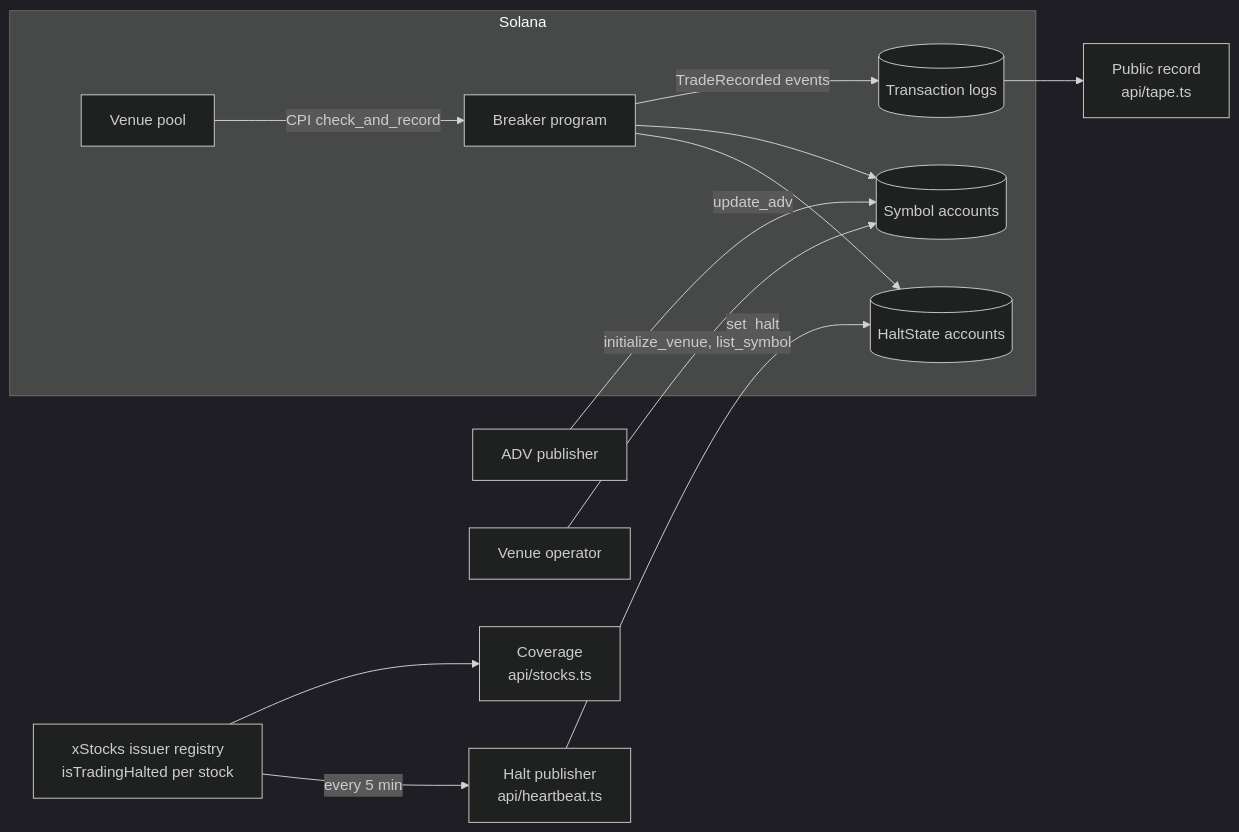
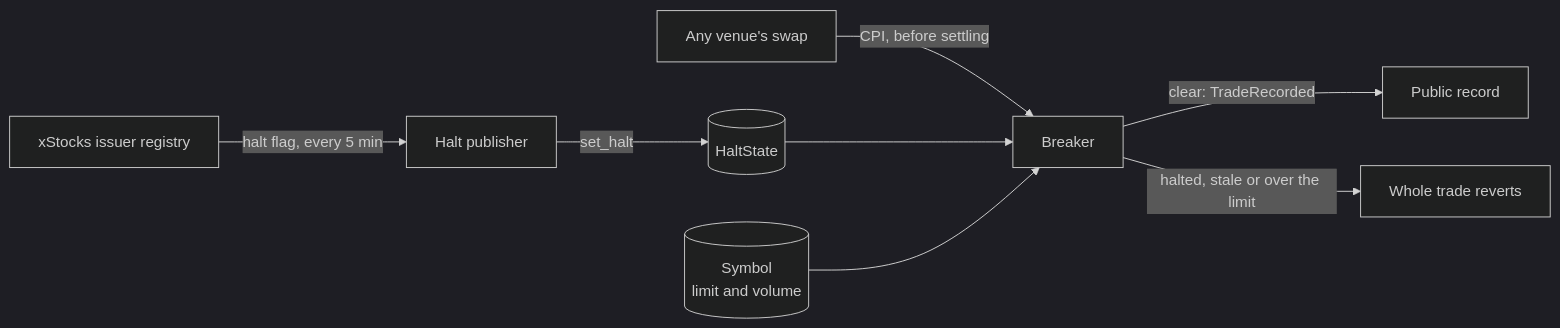
One commit to jenzylove/breaker changed the second of 2 diagrams in README.md. Above: the diagram before and after it, drawn with Mermaid (dark theme). The commit also changed other lines of this file and 1 other file, not shown here.

Commit message:
Readable architecture diagram, and @breakersec on the site and README
The input flowchart crossed every line it drew. It now reads left to right:
issuer registry, publisher, halt state, Breaker, then either the public
record or a revert. Volume and operator roles stay in the text below it.

````diff
--- a/README.md
+++ b/README.md
@@ -88,15 +89,11 @@
 ```mermaid
 flowchart LR
-    REG[xStocks issuer registry<br/>isTradingHalted per stock] -->|every 5 min| PUB[Halt publisher<br/>api/heartbeat.ts]
-    PUB -->|set_halt| HS[(HaltState accounts)]
-    ADV[ADV publisher] -->|update_adv| SYM[(Symbol accounts)]
-    OP[Venue operator] -->|initialize_venue, list_symbol| SYM
-    subgraph SOL[Solana]
-      POOL[Venue pool] -->|CPI check_and_record| BRK[Breaker program]
-      BRK --> HS
-      BRK --> SYM
-      BRK -->|TradeRecorded events| LOGS[(Transaction logs)]
-    end
-    LOGS --> TAPE[Public record<br/>api/tape.ts]
-    REG --> COV[Coverage<br/>api/stocks.ts]
+    REG["xStocks issuer registry"] -->|"halt flag, every 5 min"| PUB["Halt publisher"]
+    PUB -->|set_halt| HS[("HaltState")]
+    SYM[("Symbol<br/>limit and volume")]
+    POOL["Any venue's swap"] -->|"CPI, before settling"| BRK["Breaker"]
+    HS --> BRK
+    SYM --> BRK
+    BRK -->|"clear: TradeRecorded"| REC["Public record"]
+    BRK -->|"halted, stale or over the limit"| REV["Whole trade reverts"]
 ```
````
